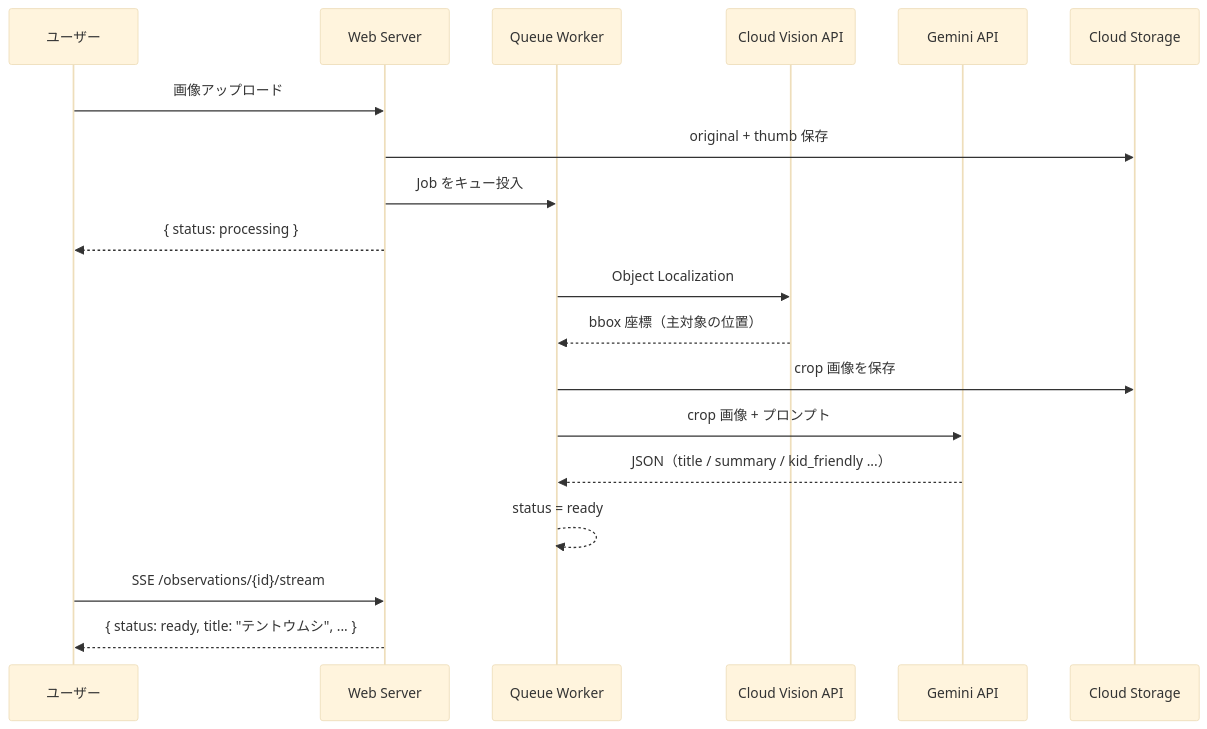
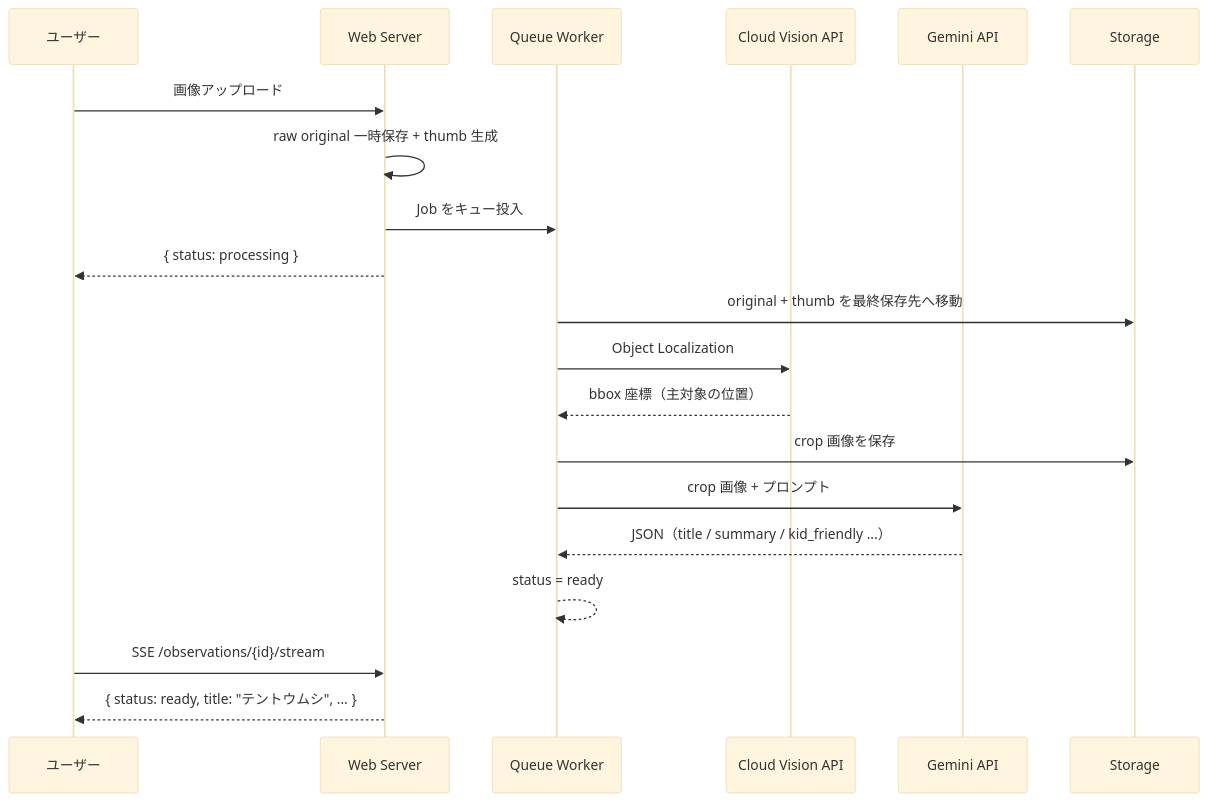
The diagram in README.md (corocorococoro/LensClip), drawn with Mermaid (base theme) before and after one commit. The commit also changed other lines of this file and 12 other files, not shown here.

````diff
--- a/README.md
+++ b/README.md
@@ -52,24 +52,25 @@
 ```mermaid
 sequenceDiagram
     participant User as ユーザー
     participant App as Web Server
     participant Q as Queue Worker
     participant Vision as Cloud Vision API
     participant Gemini as Gemini API
-    participant GCS as Cloud Storage
+    participant Storage as Storage
 
     User->>App: 画像アップロード
-    App->>GCS: original + thumb 保存
+    App->>App: raw original 一時保存 + thumb 生成
     App->>Q: Job をキュー投入
     App-->>User: { status: processing }
 
+    Q->>Storage: original + thumb を最終保存先へ移動
     Q->>Vision: Object Localization
     Vision-->>Q: bbox 座標（主対象の位置）
-    Q->>GCS: crop 画像を保存
+    Q->>Storage: crop 画像を保存
     Q->>Gemini: crop 画像 + プロンプト
     Gemini-->>Q: JSON（title / summary / kid_friendly ...）
     Q-->>Q: status = ready
 
     User->>App: SSE /observations/{id}/stream
     App-->>User: { status: ready, title: "テントウムシ", ... }
 ```
````
